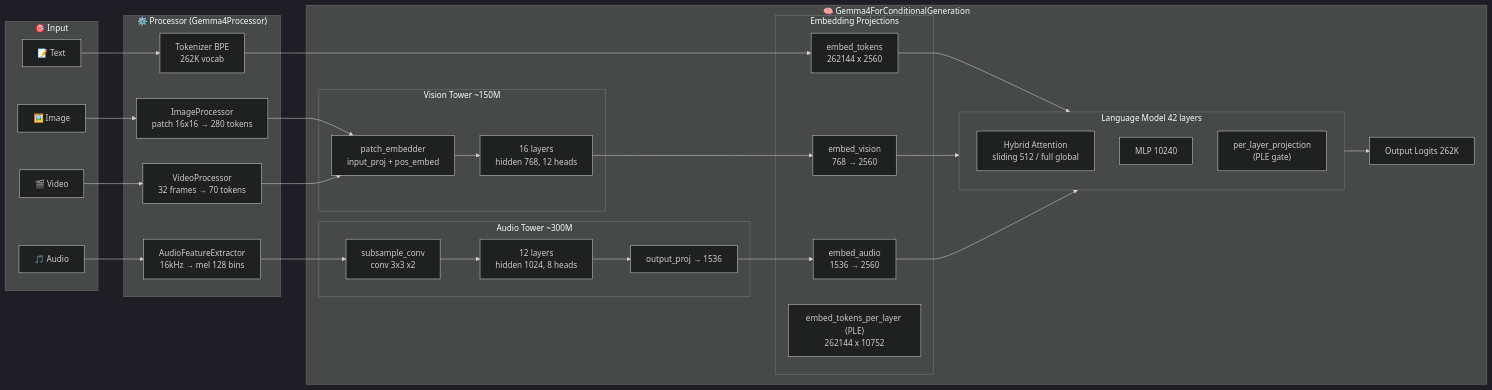
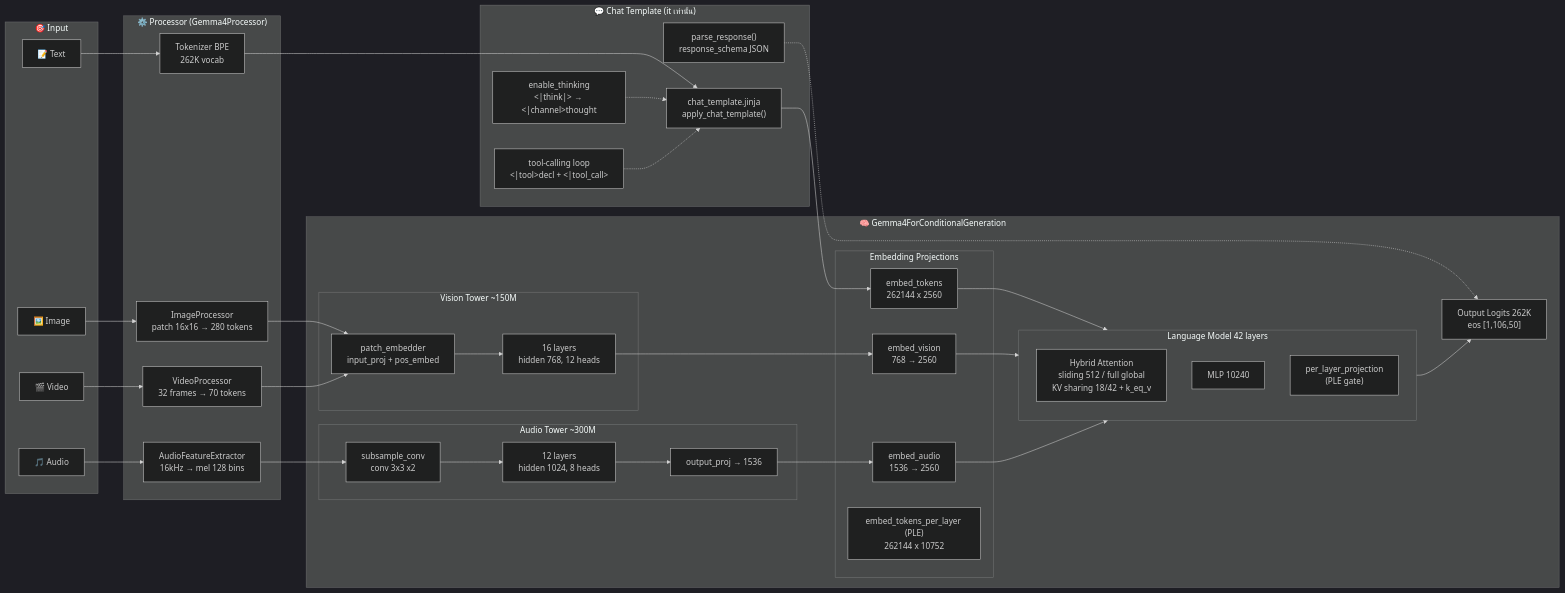
Before and after one commit to wersoul-source/ai-model-research: the diagram in docs/research/gemma-4-E4B/model-architecture.mmd, drawn with Mermaid (dark theme). The commit also changed 3 other files, not shown here.

Commit message:
knowledge-synthesis v0.1: Update diagrams for Gemma 4 E4B-it (9 files + chat template + tool-calling)

```diff
--- a/docs/research/gemma-4-E4B/model-architecture.mmd
+++ b/docs/research/gemma-4-E4B/model-architecture.mmd
@@ -1,44 +1,54 @@
 flowchart LR
     subgraph INPUT["🎯 Input"]
         TXT["📝 Text"]
         IMG["🖼️ Image"]
         AUD["🎵 Audio"]
         VID["🎬 Video"]
     end
 
     subgraph PROC["⚙️ Processor (Gemma4Processor)"]
         P1["Tokenizer BPE<br/>262K vocab"]
         P2["ImageProcessor<br/>patch 16x16 → 280 tokens"]
         P3["AudioFeatureExtractor<br/>16kHz → mel 128 bins"]
         P4["VideoProcessor<br/>32 frames → 70 tokens"]
+    end
+
+    subgraph CHAT["💬 Chat Template (it เท่านั้น)"]
+        CT["chat_template.jinja<br/>apply_chat_template()"]
+        CT1["enable_thinking<br/><|think|> → <|channel>thought"]
+        CT2["tool-calling loop<br/><|tool>decl<tool|> + <|tool_call>"]
+        CT3["parse_response()<br/>response_schema JSON"]
     end
 
     subgraph MODEL["🧠 Gemma4ForConditionalGeneration"]
         subgraph VISION["Vision Tower ~150M"]
             V1["patch_embedder<br/>input_proj + pos_embed"]
             V2["16 layers<br/>hidden 768, 12 heads"]
         end
         subgraph AUDIO["Audio Tower ~300M"]
             A1["subsample_conv<br/>conv 3x3 x2"]
             A2["12 layers<br/>hidden 1024, 8 heads"]
             A3["output_proj → 1536"]
         end
         subgraph EMBED["Embedding Projections"]
             E1["embed_vision<br/>768 → 2560"]
             E2["embed_audio<br/>1536 → 2560"]
             E3["embed_tokens<br/>262144 x 2560"]
             E4["embed_tokens_per_layer (PLE)<br/>262144 x 10752"]
         end
         subgraph LM["Language Model 42 layers"]
-            L1["Hybrid Attention<br/>sliding 512 / full global"]
+            L1["Hybrid Attention<br/>sliding 512 / full global<br/>KV sharing 18/42 + k_eq_v"]
             L2["MLP 10240"]
             L3["per_layer_projection<br/>(PLE gate)"]
         end
-        OUT["Output Logits 262K"]
+        OUT["Output Logits 262K<br/>eos [1,106,50]"]
     end
 
-    TXT --> P1 --> E3 --> LM
+    TXT --> P1 --> CT --> E3 --> LM
     IMG --> P2 --> V1 --> V2 --> E1 --> LM
     AUD --> P3 --> A1 --> A2 --> A3 --> E2 --> LM
     VID --> P4 --> V1
+    CT1 -.-> CT
+    CT2 -.-> CT
+    CT3 -.-> OUT
     LM --> OUT
```
